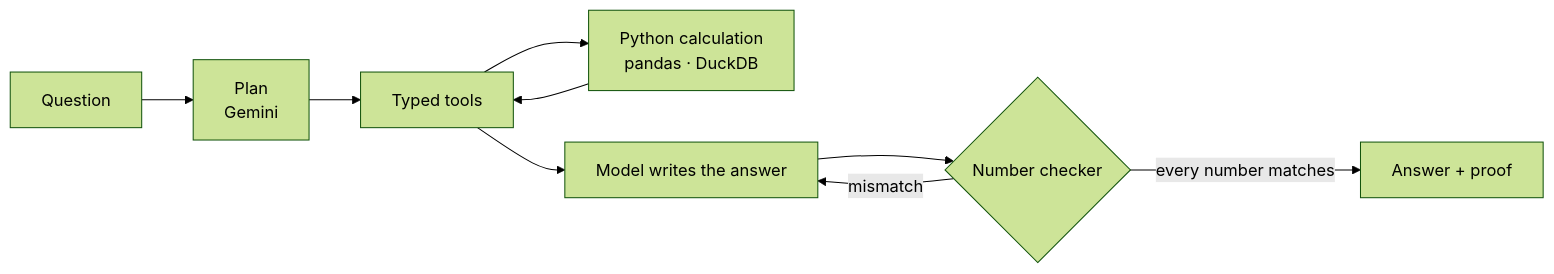
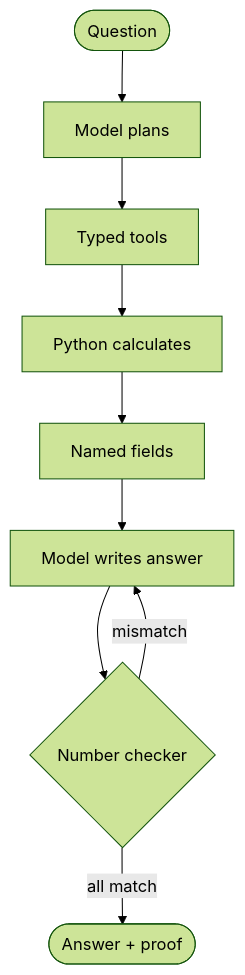
One commit to Yuvika687/SkyQueryChat changed the diagram in README.md. Above: the diagram before and after it, drawn with Mermaid (forest theme). The commit also changed other lines of this file and 3 other files, not shown here.

````diff
--- a/README.md
+++ b/README.md
@@ -56,11 +122,11 @@
 ```mermaid
-flowchart LR
-  Q[Question] --> P[Plan<br/>Gemini]
+flowchart TD
+  Q([Question]) --> P[Model plans]
   P --> T[Typed tools]
-  T --> C[Python calculation<br/>pandas · DuckDB]
-  C --> T
-  T --> W[Model writes the answer]
+  T --> C[Python calculates]
+  C --> F[Named fields]
+  F --> W[Model writes answer]
   W --> V{Number checker}
   V -- mismatch --> W
-  V -- every number matches --> A[Answer + proof]
+  V -- all match --> A([Answer + proof])
 ```
````
